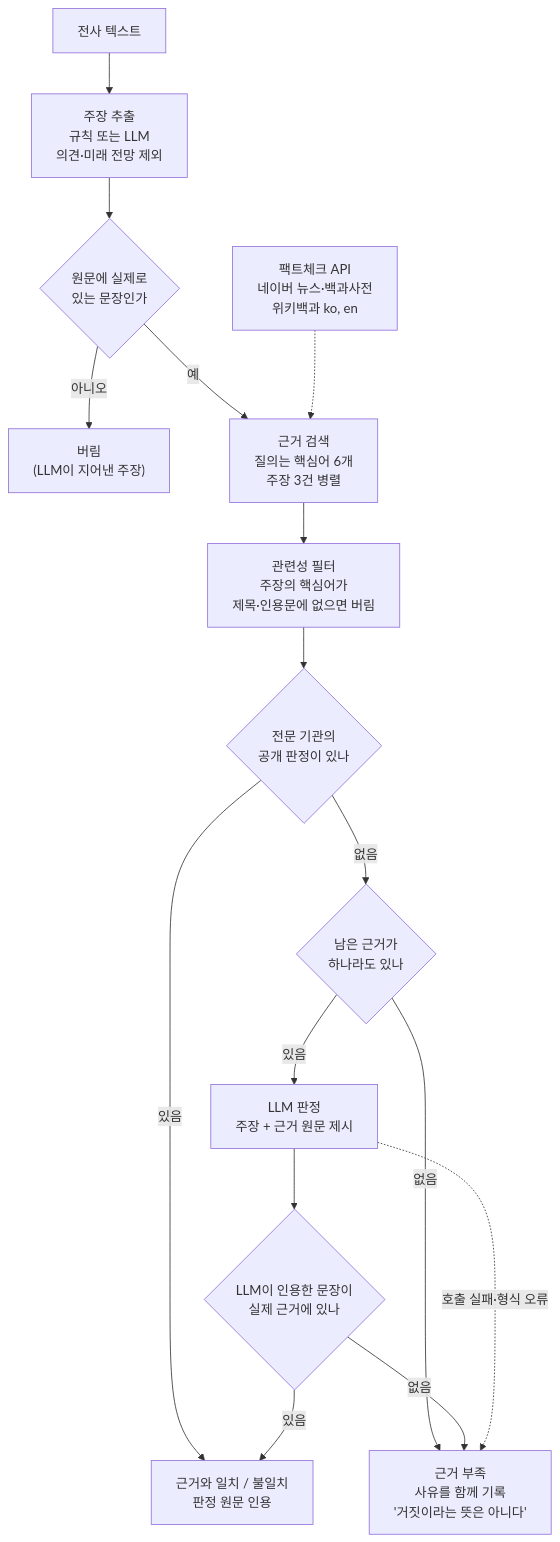
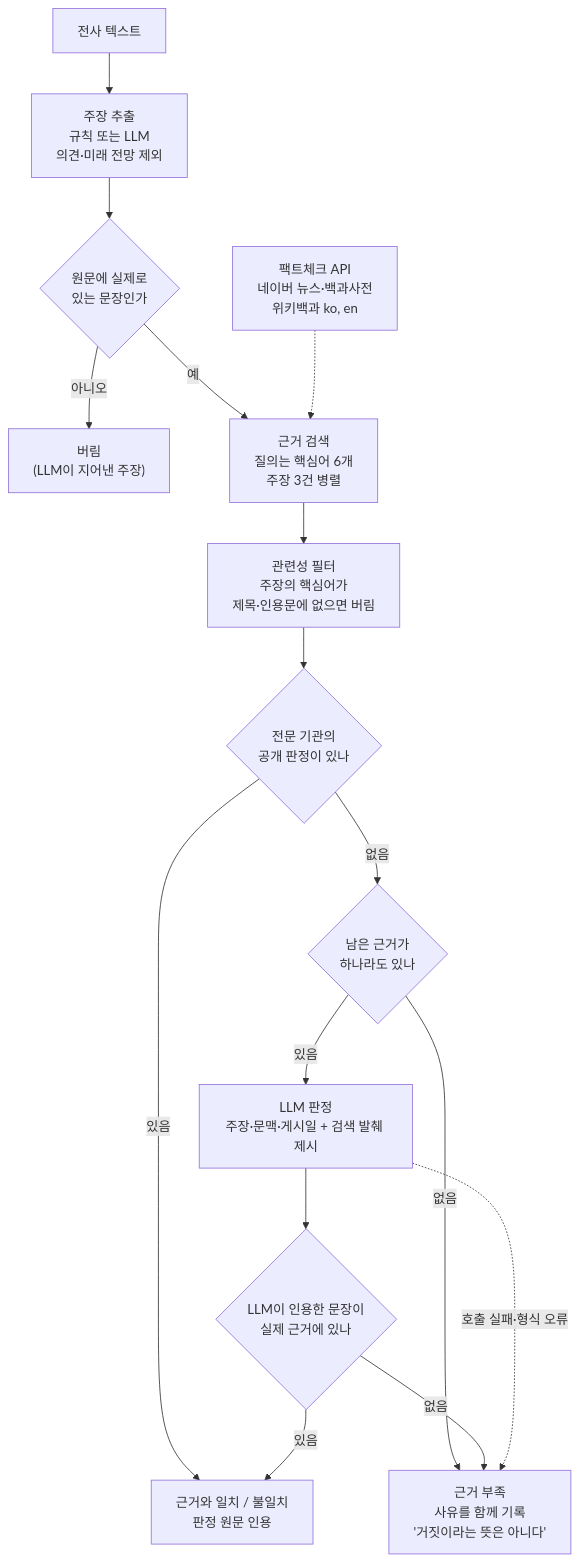
One commit to Dynamic-Juo/be changed the fourth of 5 diagrams in docs/pipeline.md. Above: the diagram before and after it, drawn with Mermaid. The commit also changed other lines of this file and 8 other files, not shown here.

````diff
--- a/docs/pipeline.md
+++ b/docs/pipeline.md
@@ -171,19 +171,19 @@
 ```mermaid
 flowchart TD
     TEXT["전사 텍스트"] --> EXTRACT["주장 추출<br/>규칙 또는 LLM<br/>의견·미래 전망 제외"]
     EXTRACT --> ORIGIN{"원문에 실제로<br/>있는 문장인가"}
     ORIGIN -->|"아니오"| DROP["버림<br/>(LLM이 지어낸 주장)"]
     ORIGIN -->|"예"| SEARCH["근거 검색<br/>질의는 핵심어 6개<br/>주장 3건 병렬"]
     PROVIDERS["팩트체크 API<br/>네이버 뉴스·백과사전<br/>위키백과 ko, en"] -.-> SEARCH
     SEARCH --> FILTER["관련성 필터<br/>주장의 핵심어가<br/>제목·인용문에 없으면 버림"]
 
     FILTER --> Q1{"전문 기관의<br/>공개 판정이 있나"}
     Q1 -->|"있음"| VERDICT["근거와 일치 / 불일치<br/>판정 원문 인용"]
     Q1 -->|"없음"| Q2{"남은 근거가<br/>하나라도 있나"}
     Q2 -->|"없음"| HOLD
-    Q2 -->|"있음"| LLM["LLM 판정<br/>주장 + 근거 원문 제시"]
+    Q2 -->|"있음"| LLM["LLM 판정<br/>주장·문맥·게시일 + 검색 발췌 제시"]
     LLM --> QUOTE{"LLM이 인용한 문장이<br/>실제 근거에 있나"}
     QUOTE -->|"없음"| HOLD
     QUOTE -->|"있음"| VERDICT
     LLM -.->|"호출 실패·형식 오류"| HOLD["근거 부족<br/>사유를 함께 기록<br/>'거짓이라는 뜻은 아니다'"]
 ```
````
